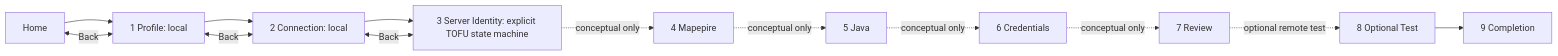
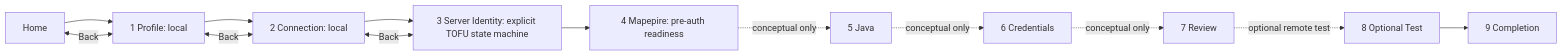
Before and after one commit to ddgutierrezc/bac-nexus: the diagram in docs/IBM_I_PROFILE_WIZARD.md, drawn with Mermaid. The commit also changed other lines of this file and 10 other files, not shown here.

````diff
--- a/docs/IBM_I_PROFILE_WIZARD.md
+++ b/docs/IBM_I_PROFILE_WIZARD.md
@@ -40,15 +40,15 @@
 ```mermaid
 flowchart LR
   H[Home] --> S1[1 Profile: local]
   S1 --> S2[2 Connection: local]
   S2 --> S3[3 Server Identity: explicit TOFU state machine]
-  S3 -. conceptual only .-> S4[4 Mapepire]
+  S3 --> S4[4 Mapepire: pre-auth readiness]
   S4 -. conceptual only .-> S5[5 Java]
   S5 -. conceptual only .-> S6[6 Credentials]
   S6 -. conceptual only .-> S7[7 Review]
   S7 -. optional remote test .-> S8[8 Optional Test]
   S8 --> S9[9 Completion]
   S1 <-- Back --> H
   S2 <-- Back --> S1
   S3 <-- Back --> S2
 ```
````
